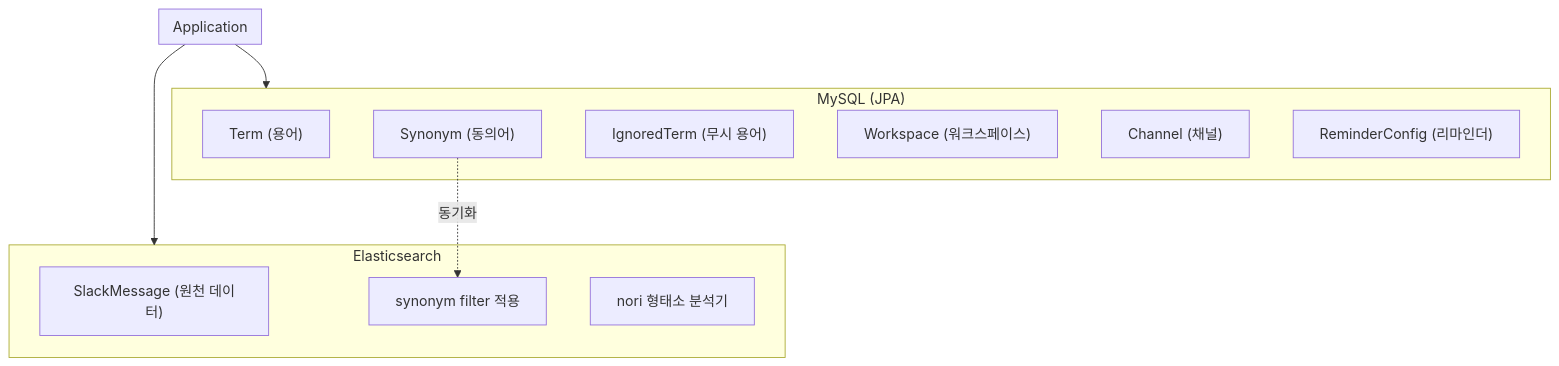
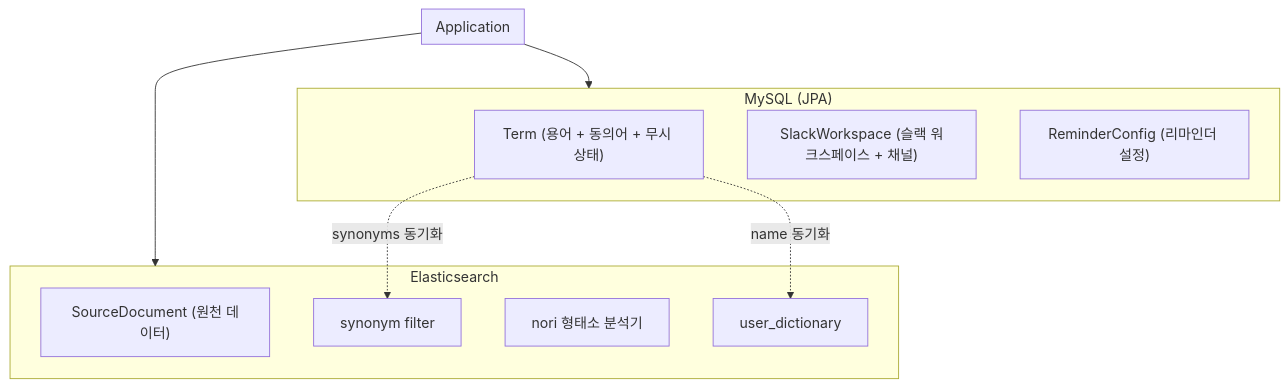
The first of 5 diagrams in docs/ARCHITECTURE.md (mkroo/termbase), drawn with Mermaid before and after one commit. The commit also changed other lines of this file and 1 other file, not shown here.

First line of the commit message:
docs: ARCHITECTURE.md 및 REQUIREMENTS.md 전면 재설계

````diff
--- a/docs/ARCHITECTURE.md
+++ b/docs/ARCHITECTURE.md
@@ -29,25 +7,24 @@
 ```mermaid
 flowchart TB
     subgraph App[Application]
         direction LR
     end
 
     subgraph MySQL["MySQL (JPA)"]
-        Term["Term (용어)"]
-        Synonym["Synonym (동의어)"]
-        IgnoredTerm["IgnoredTerm (무시 용어)"]
-        Workspace["Workspace (워크스페이스)"]
-        Channel["Channel (채널)"]
-        ReminderConfig["ReminderConfig (리마인더)"]
+        Term["Term (용어 + 동의어 + 무시 상태)"]
+        SlackWorkspace["SlackWorkspace (슬랙 워크스페이스 + 채널)"]
+        ReminderConfig["ReminderConfig (리마인더 설정)"]
     end
 
     subgraph ES["Elasticsearch"]
-        SlackMessage["SlackMessage (원천 데이터)"]
-        SynonymFilter["synonym filter 적용"]
-        Nori["nori 형태소 분석기"]
+        SourceDocument["SourceDocument (원천 데이터)"]
+        SynonymFilter["synonym filter"]
+        NoriAnalyzer["nori 형태소 분석기"]
+        UserDict["user_dictionary"]
     end
 
     App --> MySQL
     App --> ES
-    Synonym -.->|동기화| SynonymFilter
+    Term -.->|name 동기화| UserDict
+    Term -.->|synonyms 동기화| SynonymFilter
 ```
````
